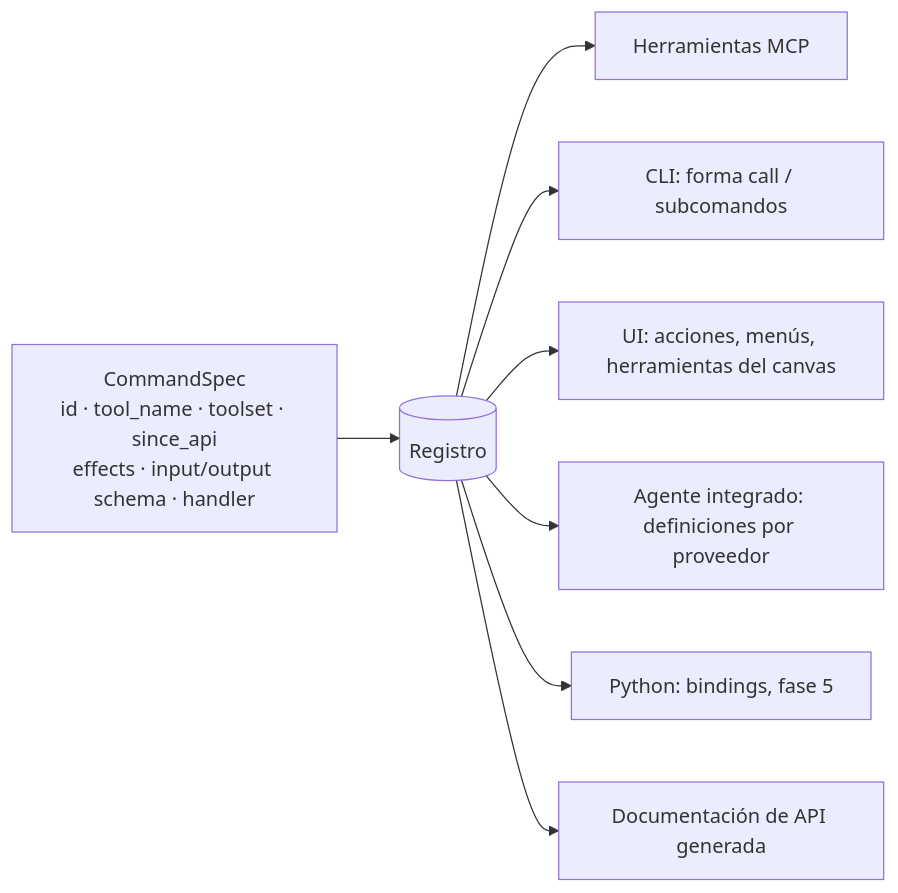
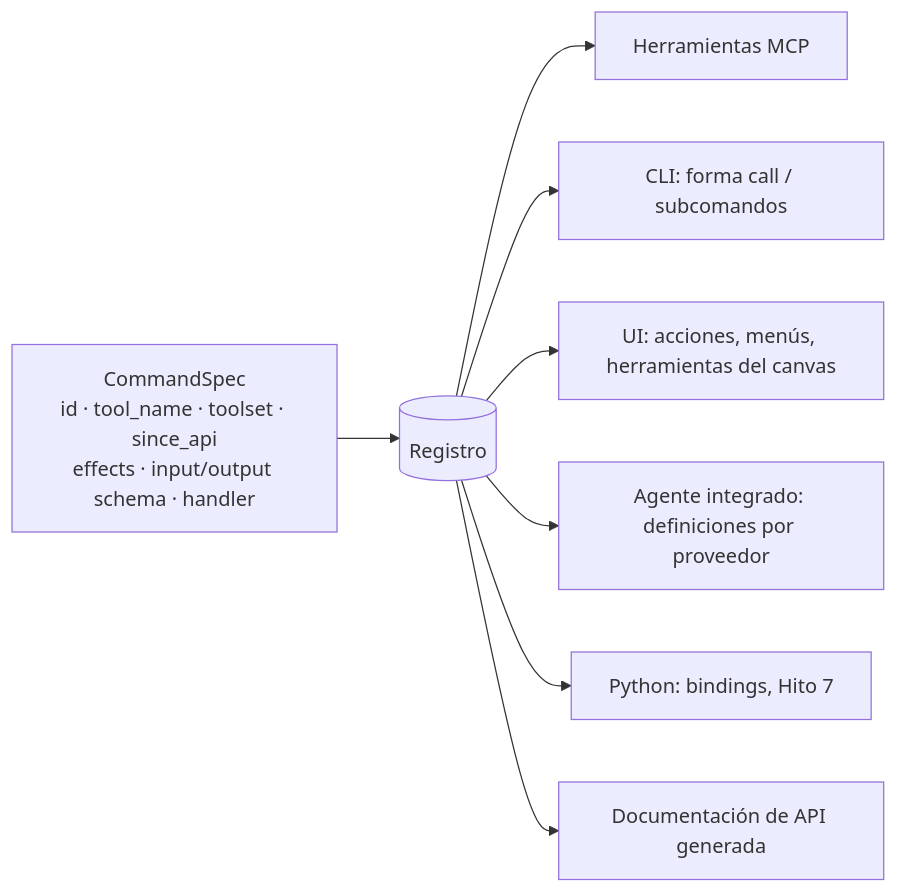
One commit to luisfarfan/forma changed the third of 6 diagrams in docs/03-architecture.md. Above: the diagram before and after it, drawn with Mermaid. The commit also changed other lines of this file and 8 other files, not shown here.

First line of the commit message:
docs: align tech stack and architecture docs with the engine-first roadmap

````diff
--- a/docs/03-architecture.md
+++ b/docs/03-architecture.md
@@ -104,10 +104,10 @@
 ```mermaid
 flowchart LR
   spec[CommandSpec<br/>id · tool_name · toolset · since_api<br/>effects · input/output schema · handler] --> reg[(Registro)]
   reg --> m[Herramientas MCP]
   reg --> c[CLI: forma call / subcomandos]
   reg --> u[UI: acciones, menús, herramientas del canvas]
   reg --> a[Agente integrado: definiciones por proveedor]
-  reg --> p[Python: bindings, fase 5]
+  reg --> p[Python: bindings, Hito 7]
   reg --> d[Documentación de API generada]
 ```
````
